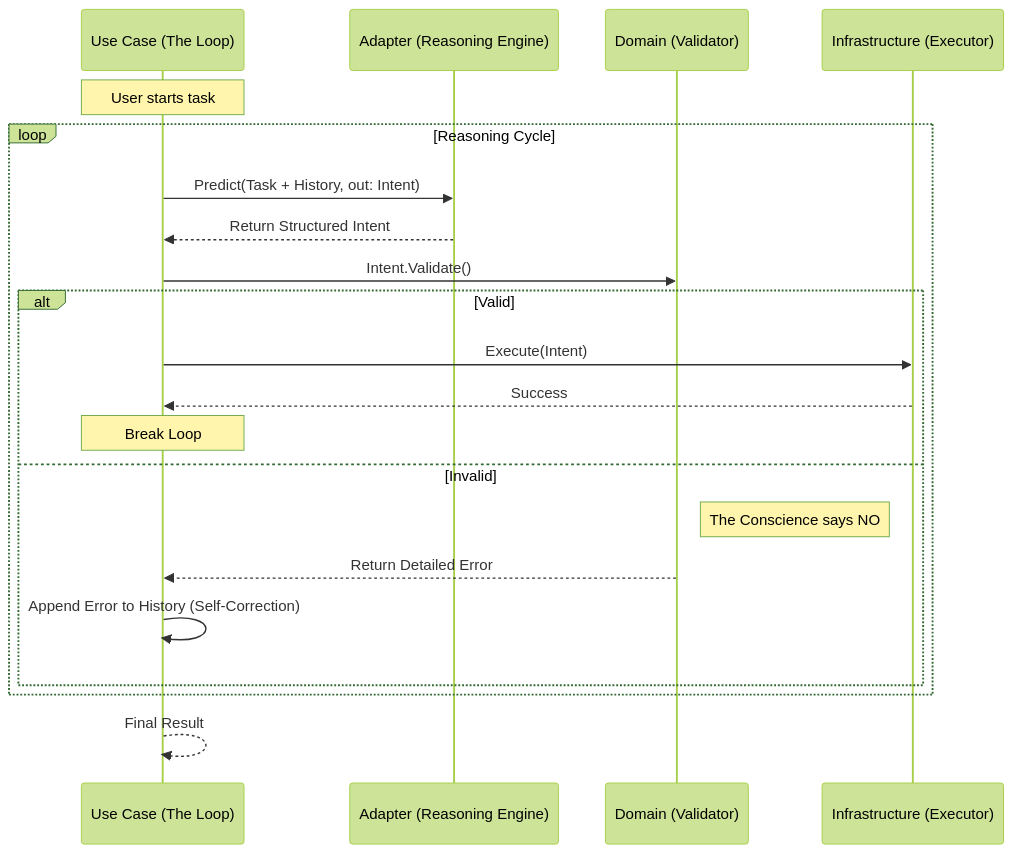
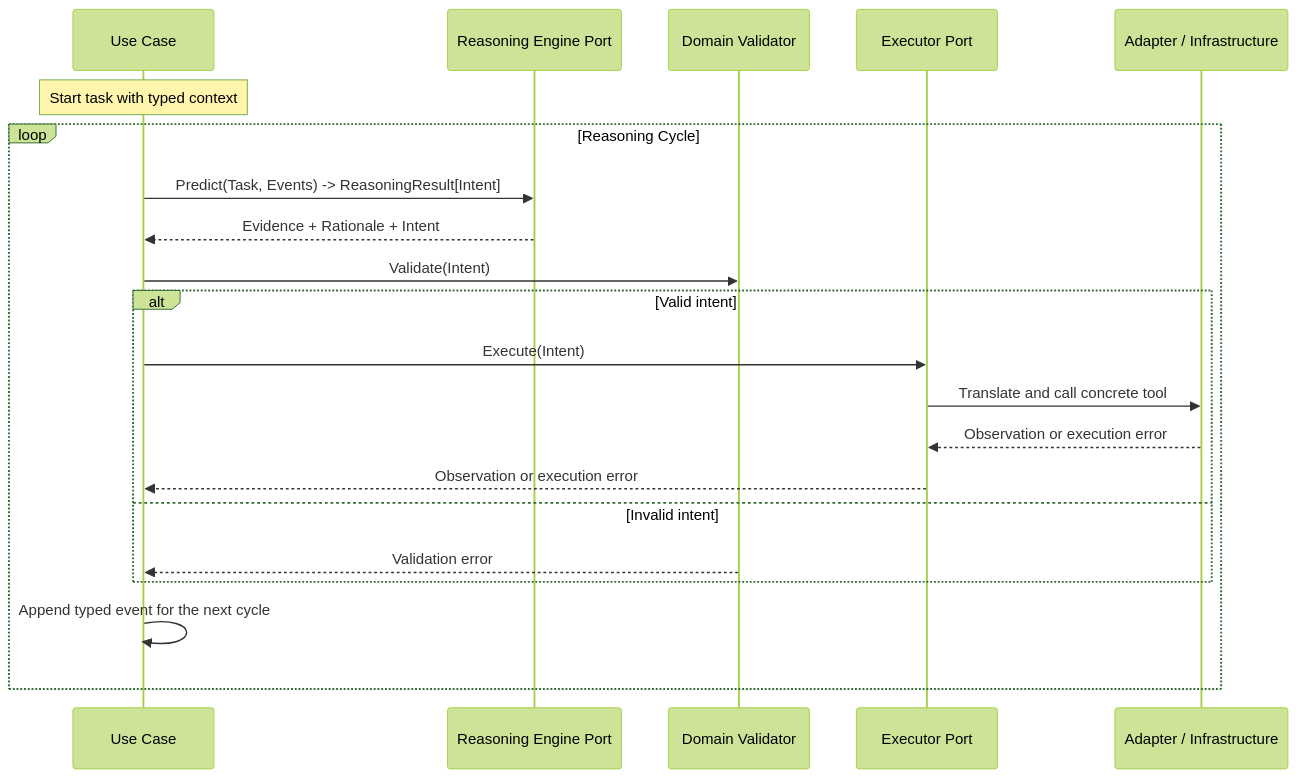
Before and after one commit to flarexio/stoa: the second of 2 diagrams in docs/architecture.md, drawn with Mermaid (forest theme). The commit also changed other lines of this file and 7 other files, not shown here.

Commit message:
Refine agent architecture and LLM adapter contracts

````diff
--- a/docs/architecture.md
+++ b/docs/architecture.md
@@ -78,26 +94,26 @@
 ```mermaid
 sequenceDiagram
-    participant UC as Use Case (The Loop)
-    participant LLM as Adapter (Reasoning Engine)
-    participant DOM as Domain (Validator)
-    participant INF as Infrastructure (Executor)
+    participant UC as Use Case
+    participant RE as Reasoning Engine Port
+    participant DOM as Domain Validator
+    participant EX as Executor Port
+    participant AD as Adapter / Infrastructure
 
-    Note over UC: User starts task
+    Note over UC: Start task with typed context
     loop Reasoning Cycle
-        UC->>LLM: Predict(Task + History, out: Intent)
-        LLM-->>UC: Return Structured Intent
-        
-        UC->>DOM: Intent.Validate()
-        
-        alt Valid
-            UC->>INF: Execute(Intent)
-            INF-->>UC: Success
-            Note over UC: Break Loop
-        else Invalid
-            Note right of DOM: The Conscience says NO
-            DOM-->>UC: Return Detailed Error
-            UC->>UC: Append Error to History (Self-Correction)
+        UC->>RE: Predict(Task, Events) -> ReasoningResult[Intent]
+        RE-->>UC: Evidence + Rationale + Intent
+        UC->>DOM: Validate(Intent)
+
+        alt Valid intent
+            UC->>EX: Execute(Intent)
+            EX->>AD: Translate and call concrete tool
+            AD-->>EX: Observation or execution error
+            EX-->>UC: Observation or execution error
+        else Invalid intent
+            DOM-->>UC: Validation error
         end
+
+        UC->>UC: Append typed event for the next cycle
     end
-    UC-->>UC: Final Result
 ```
````
